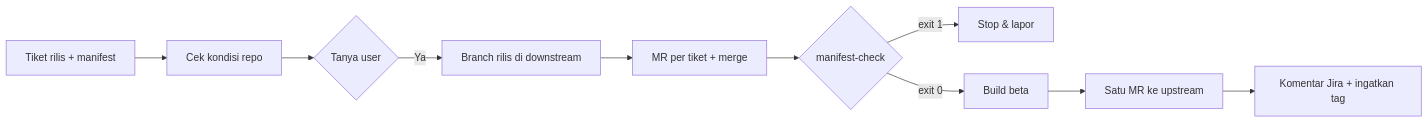
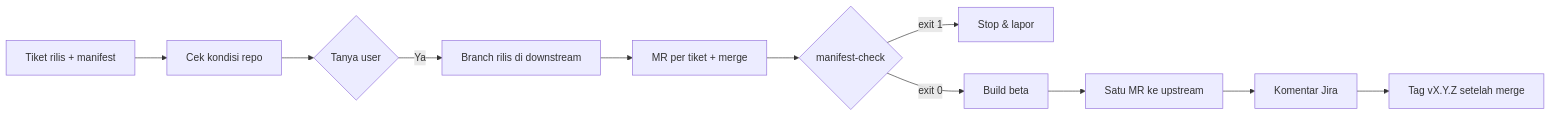
The diagram in skills/rilis-tiket/SKILL.md (roiskhoiron/agent-workflow), drawn with Mermaid before and after one commit. The commit also changed other lines of this file and 6 other files, not shown here.

First line of the commit message:
feat(guard): Release boleh push tag versi vX.Y.Z ke origin dan upstream

````diff
--- a/skills/rilis-tiket/SKILL.md
+++ b/skills/rilis-tiket/SKILL.md
@@ -10,8 +10,8 @@
 ```mermaid
 flowchart LR
   T[Tiket rilis + manifest] --> K[Cek kondisi repo] --> A{Tanya user}
   A -- Ya --> B[Branch rilis di downstream] --> M[MR per tiket + merge]
   M --> C{manifest-check}
   C -- exit 1 --> S[Stop & lapor]
-  C -- exit 0 --> D[Build beta] --> U[Satu MR ke upstream] --> J[Komentar Jira + ingatkan tag]
+  C -- exit 0 --> D[Build beta] --> U[Satu MR ke upstream] --> J[Komentar Jira] --> G[Tag vX.Y.Z setelah merge]
 ```
````
